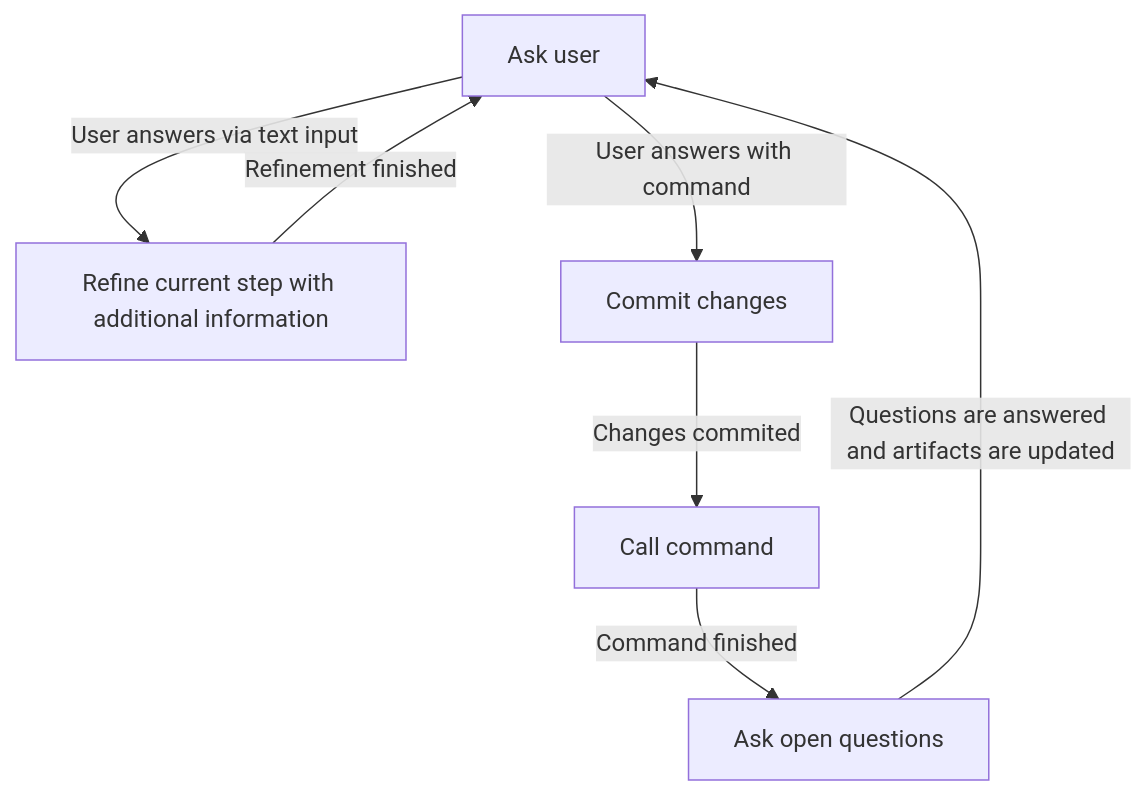
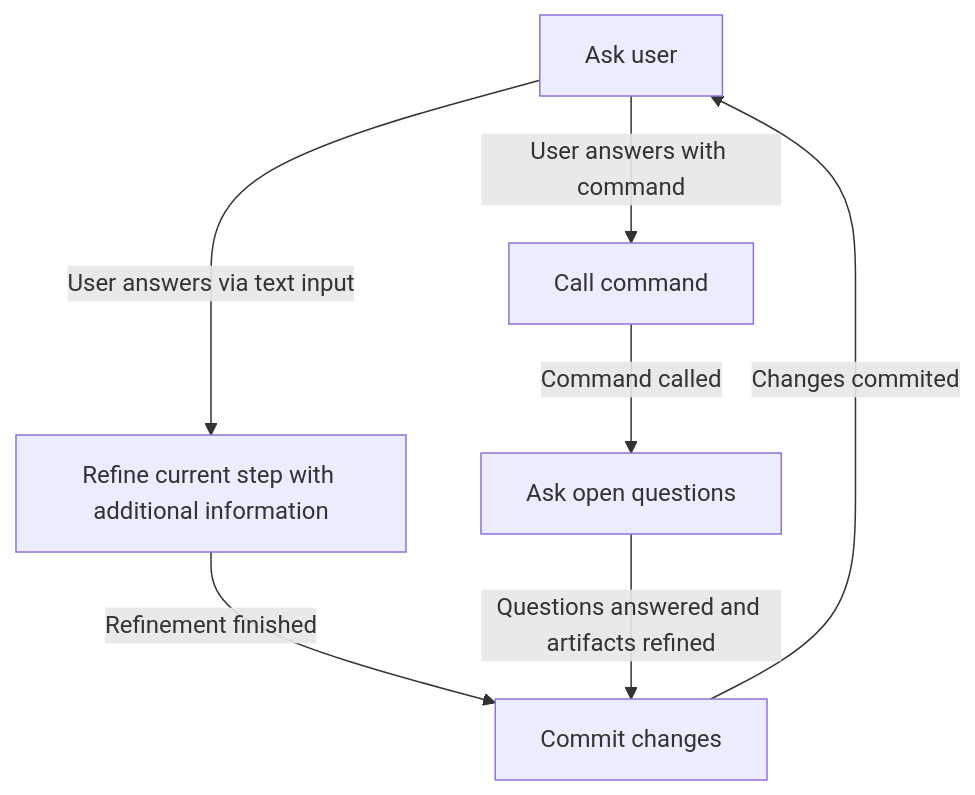
Before and after one commit to aserowy/yeet: the diagram in .opencode/agents/openspec.md, drawn with Mermaid. The commit also changed other lines of this file and 12 other files, not shown here.

````diff
--- a/.opencode/agents/openspec.md
+++ b/.opencode/agents/openspec.md
@@ -34,10 +34,10 @@
 ```mermaid
 flowchart TD
     A[Ask user]
     A -->|User answers via text input| B[Refine current step with additional information]
-    B -->|Refinement finished| A
-    A -->|User answers with command| C[Commit changes]
-    C -->|Changes commited| D[Call command]
-    D -->|Command finished| E[Ask open questions]
-    E -->|Questions are answered and artifacts are updated| A
+    B -->|Refinement finished| E[Commit changes]
+    A -->|User answers with command| C[Call command]
+    C -->|Command called| D[Ask open questions]
+    D -->|Questions answered and artifacts refined| E[Commit changes]
+    E -->|Changes commited| A
 ```
````
